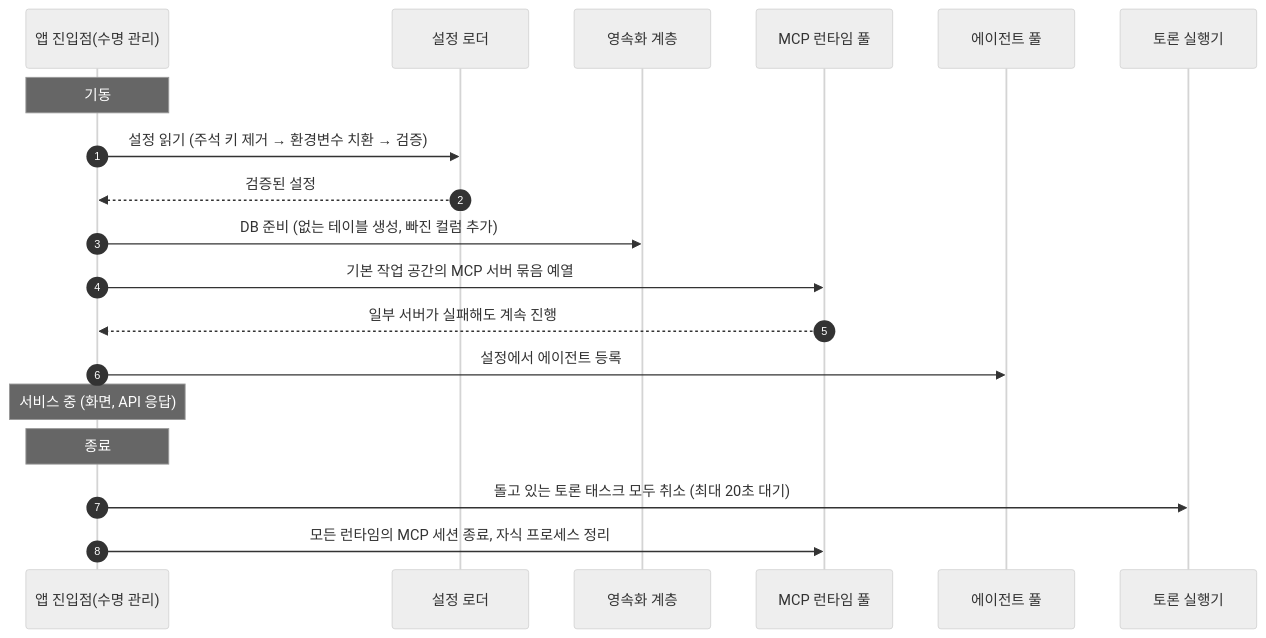
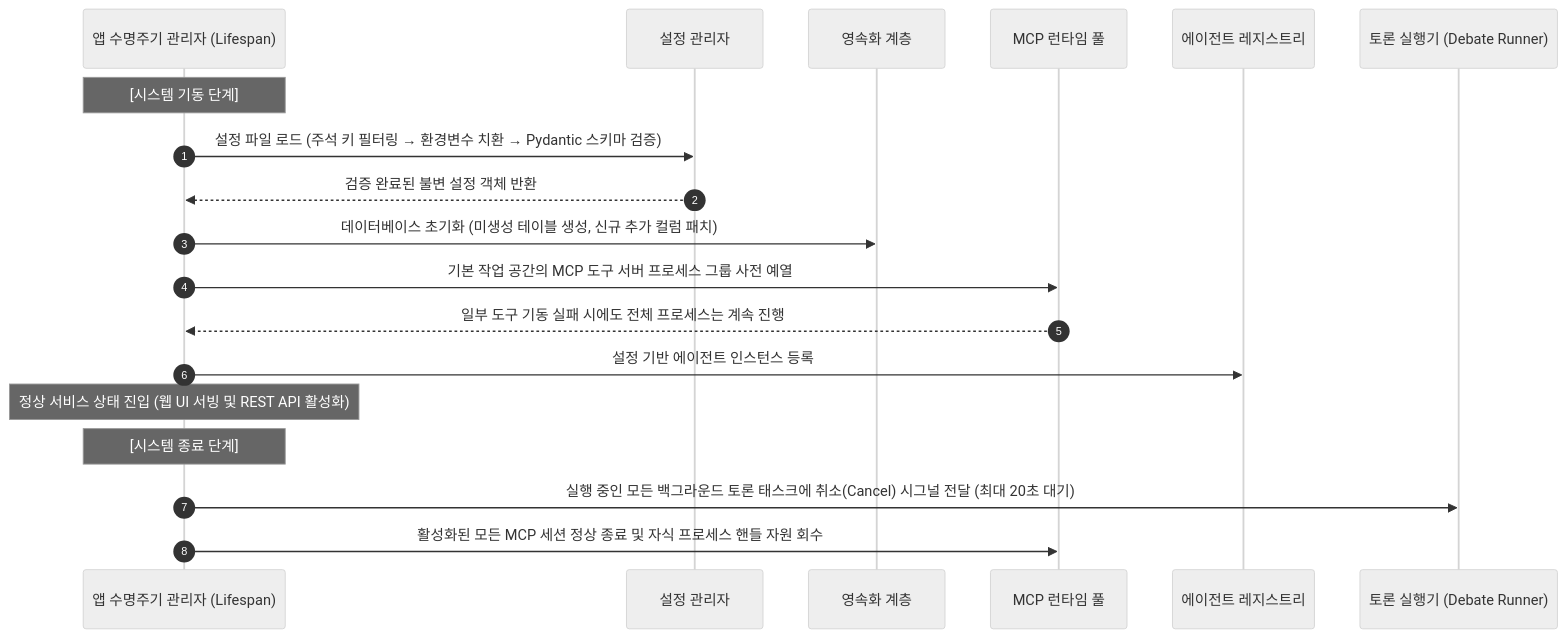
Before and after one commit to HaJaehee/MultiAgentDebateAndOrchestrationPlatform: the first of 10 diagrams in lectures/03-architecture/02-dynamic-view.md, drawn with Mermaid (neutral theme). The commit also changed other lines of this file and 39 other files, not shown here.

````diff
--- a/lectures/03-architecture/02-dynamic-view.md
+++ b/lectures/03-architecture/02-dynamic-view.md
@@ -14,23 +11,23 @@
 ```mermaid
 sequenceDiagram
     autonumber
-    participant M as 앱 진입점(수명 관리)
-    participant C as 설정 로더
+    participant M as 앱 수명주기 관리자 (Lifespan)
+    participant C as 설정 관리자
     participant D as 영속화 계층
     participant R as MCP 런타임 풀
-    participant P as 에이전트 풀
-    participant X as 토론 실행기
+    participant P as 에이전트 레지스트리
+    participant X as 토론 실행기 (Debate Runner)
 
-    Note over M: 기동
-    M->>C: 설정 읽기 (주석 키 제거 → 환경변수 치환 → 검증)
-    C-->>M: 검증된 설정
-    M->>D: DB 준비 (없는 테이블 생성, 빠진 컬럼 추가)
-    M->>R: 기본 작업 공간의 MCP 서버 묶음 예열
-    R-->>M: 일부 서버가 실패해도 계속 진행
-    M->>P: 설정에서 에이전트 등록
-    Note over M: 서비스 중 (화면, API 응답)
+    Note over M: [시스템 기동 단계]
+    M->>C: 설정 파일 로드 (주석 키 필터링 → 환경변수 치환 → Pydantic 스키마 검증)
+    C-->>M: 검증 완료된 불변 설정 객체 반환
+    M->>D: 데이터베이스 초기화 (미생성 테이블 생성, 신규 추가 컬럼 패치)
+    M->>R: 기본 작업 공간의 MCP 도구 서버 프로세스 그룹 사전 예열
+    R-->>M: 일부 도구 기동 실패 시에도 전체 프로세스는 계속 진행
+    M->>P: 설정 기반 에이전트 인스턴스 등록
+    Note over M: 정상 서비스 상태 진입 (웹 UI 서빙 및 REST API 활성화)
 
-    Note over M: 종료
-    M->>X: 돌고 있는 토론 태스크 모두 취소 (최대 20초 대기)
-    M->>R: 모든 런타임의 MCP 세션 종료, 자식 프로세스 정리
+    Note over M: [시스템 종료 단계]
+    M->>X: 실행 중인 모든 백그라운드 토론 태스크에 취소(Cancel) 시그널 전달 (최대 20초 대기)
+    M->>R: 활성화된 모든 MCP 세션 정상 종료 및 자식 프로세스 핸들 자원 회수
 ```
````
